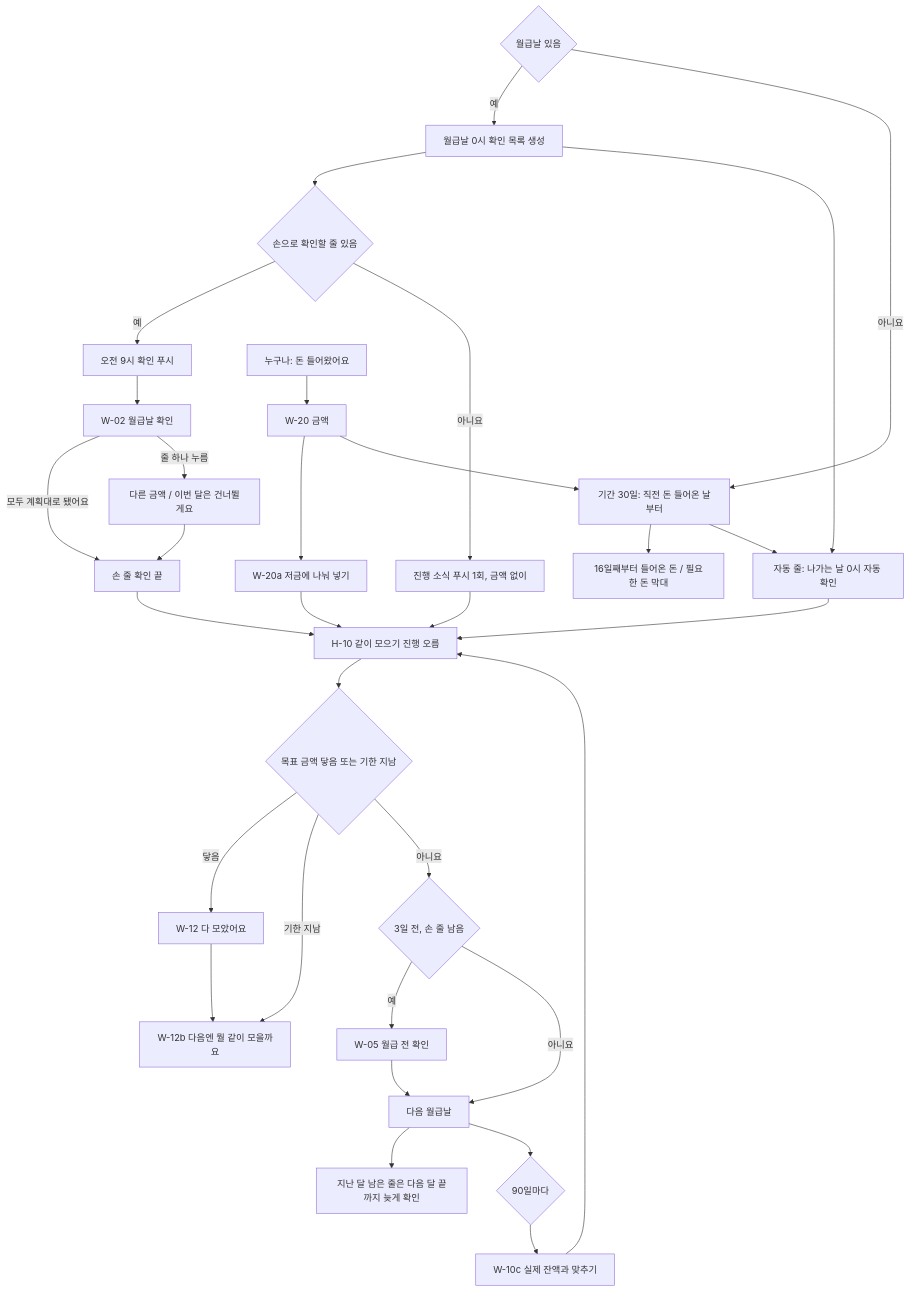
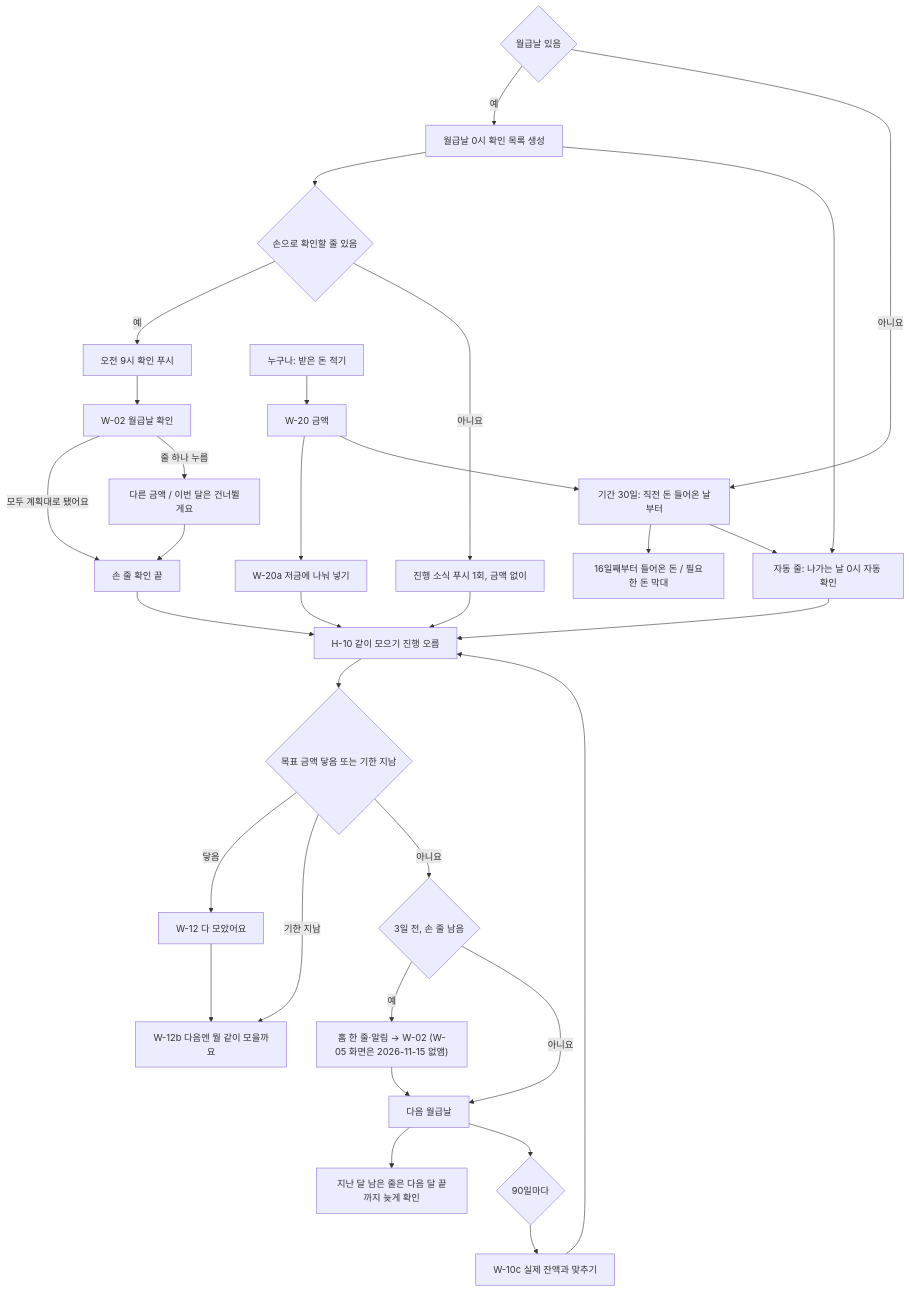
Before and after one commit to ooeabin/sweetwo: the third of 4 diagrams in docs/spec/03-user-flow.md, drawn with Mermaid. The commit also changed other lines of this file and 91 other files, not shown here.

````diff
--- a/docs/spec/03-user-flow.md
+++ b/docs/spec/03-user-flow.md
@@ -105,35 +105,35 @@
 ```mermaid
 flowchart TD
   START{"월급날 있음"}
   START -->|"예"| PAY["월급날 0시 확인 목록 생성"]
   START -->|"아니요"| PERIOD["기간 30일: 직전 돈 들어온 날부터"]
   PERIOD --> BAR["16일째부터 들어온 돈 / 필요한 돈 막대"]
   PAY --> ANY{"손으로 확인할 줄 있음"}
   ANY -->|"예"| PUSH["오전 9시 확인 푸시"]
   ANY -->|"아니요"| NEWS["진행 소식 푸시 1회, 금액 없이"]
   PUSH --> W02["W-02 월급날 확인"]
   W02 -->|"모두 계획대로 됐어요"| DONE["손 줄 확인 끝"]
   W02 -->|"줄 하나 누름"| EXC["다른 금액 / 이번 달은 건너뛸게요"]
   EXC --> DONE
   PAY --> AUTOD["자동 줄: 나가는 날 0시 자동 확인"]
   PERIOD --> AUTOD
   AUTOD --> PROG["H-10 같이 모으기 진행 오름"]
   NEWS --> PROG
   DONE --> PROG
-  IN["누구나: 돈 들어왔어요"] --> W20["W-20 금액"]
+  IN["누구나: 받은 돈 적기"] --> W20["W-20 금액"]
   W20 --> W20A["W-20a 저금에 나눠 넣기"]
   W20A --> PROG
   W20 --> PERIOD
   PROG --> ACH{"목표 금액 닿음 또는 기한 지남"}
   ACH -->|"닿음"| W12["W-12 다 모았어요"]
   W12 --> W12B["W-12b 다음엔 뭘 같이 모을까요"]
   ACH -->|"기한 지남"| W12B
   ACH -->|"아니요"| PRE{"3일 전, 손 줄 남음"}
-  PRE -->|"예"| W05["W-05 월급 전 확인"]
+  PRE -->|"예"| W02P["홈 한 줄·알림 → W-02 (W-05 화면은 2026-11-15 없앰)"]
   PRE -->|"아니요"| NEXT["다음 월급날"]
-  W05 --> NEXT
+  W02P --> NEXT
   NEXT --> LATE["지난 달 남은 줄은 다음 달 끝까지 늦게 확인"]
   NEXT --> Q90{"90일마다"}
   Q90 --> W10C["W-10c 실제 잔액과 맞추기"]
   W10C --> PROG
 ```
````
